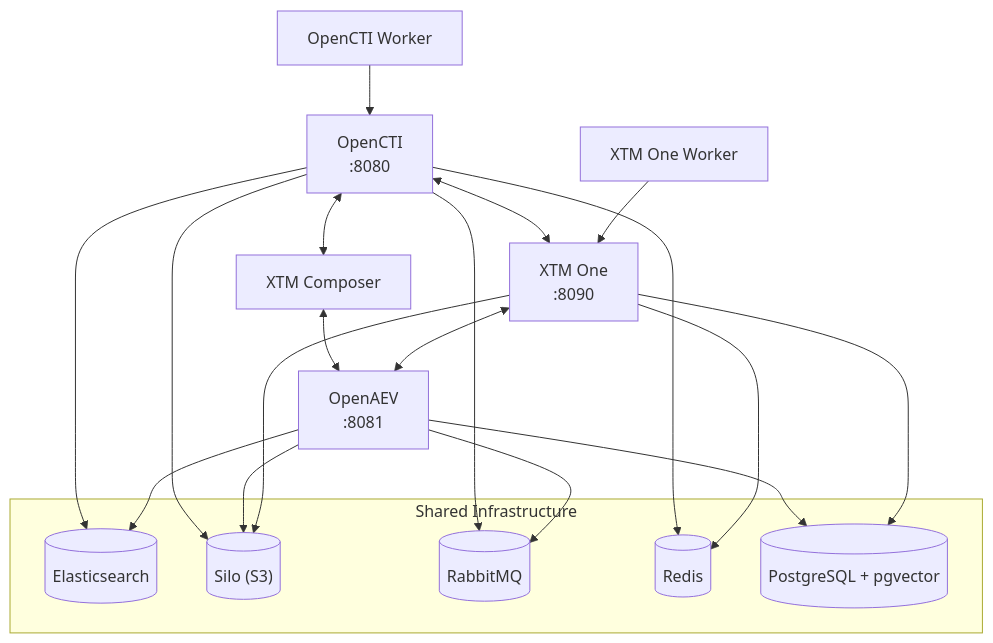
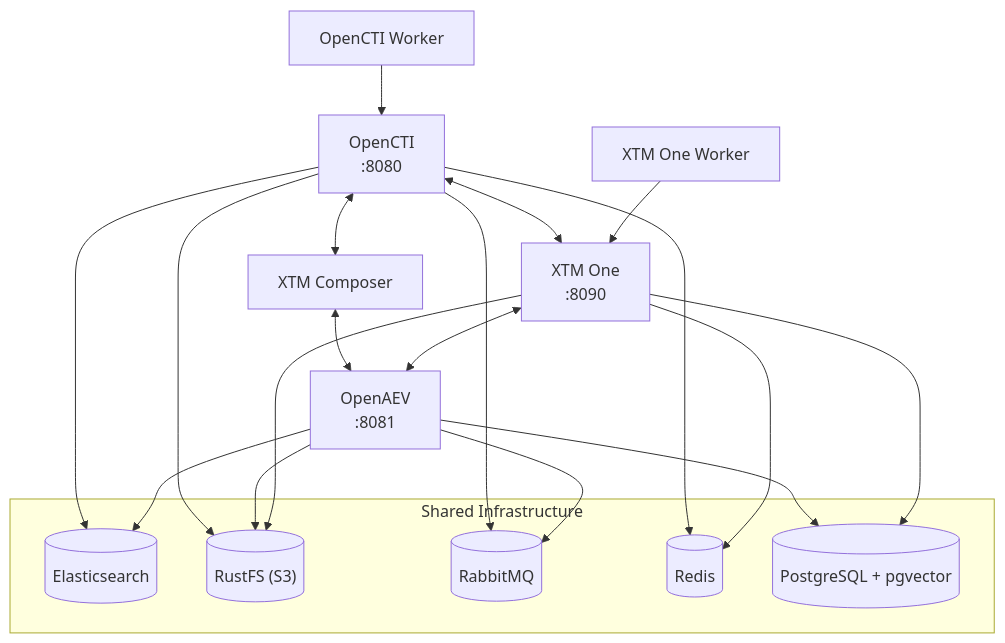
The diagram in README.md (FiligranHQ/xtm-docker), drawn with Mermaid before and after one commit. The commit also changed other lines of this file and 2 other files, not shown here.

Commit message:
chore(compose): replace pgsty/silo by RustFS in the XTM suite stack (#65)

````diff
--- a/README.md
+++ b/README.md
@@ -24,36 +24,36 @@
 ```mermaid
 graph TB
     OpenCTI["OpenCTI<br/>:8080"]
     OpenAEV["OpenAEV<br/>:8081"]
     XTMOne["XTM One<br/>:8090"]
     Composer["XTM Composer"]
     Worker["OpenCTI Worker"]
     XTMOneWorker["XTM One Worker"]
 
     OpenCTI <--> Composer
     Composer <--> OpenAEV
     OpenCTI <--> XTMOne
     XTMOne <--> OpenAEV
     Worker --> OpenCTI
     XTMOneWorker --> XTMOne
 
     subgraph Shared["Shared Infrastructure"]
         ES[("Elasticsearch")]
-        Silo[("Silo (S3)")]
+        RustFS[("RustFS (S3)")]
         RabbitMQ[("RabbitMQ")]
         Redis[("Redis")]
         PG[("PostgreSQL + pgvector")]
     end
 
     OpenCTI --> ES
-    OpenCTI --> Silo
+    OpenCTI --> RustFS
     OpenCTI --> RabbitMQ
     OpenCTI --> Redis
     OpenAEV --> ES
-    OpenAEV --> Silo
+    OpenAEV --> RustFS
     OpenAEV --> RabbitMQ
     OpenAEV --> PG
-    XTMOne --> Silo
+    XTMOne --> RustFS
     XTMOne --> Redis
     XTMOne --> PG
 ```
````
